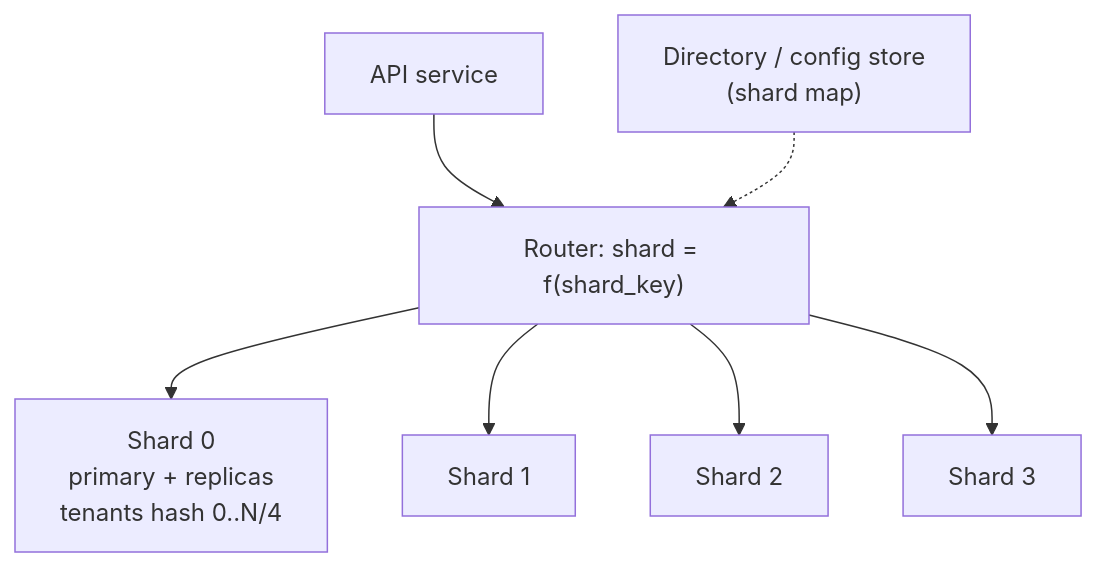
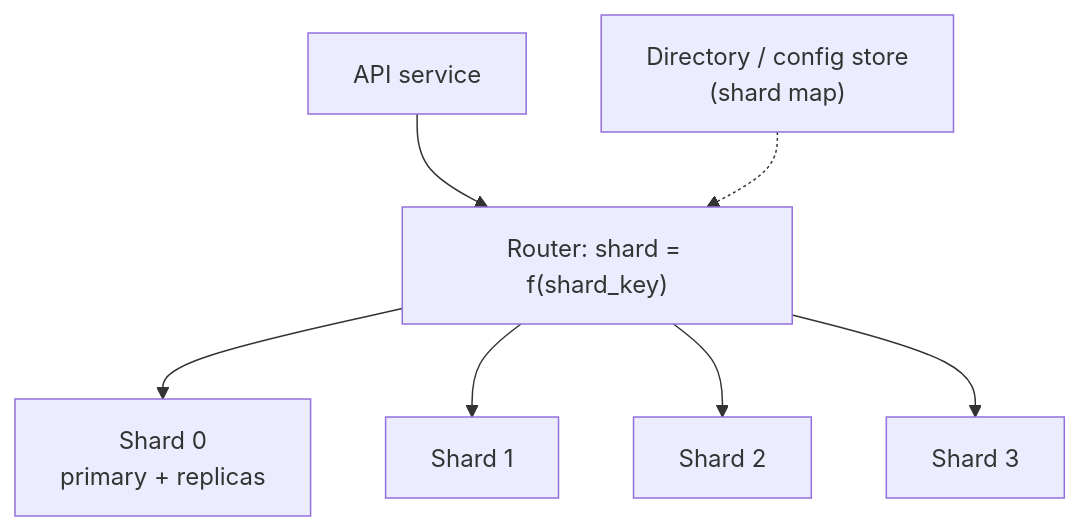
One commit to thull32/ascend changed the diagram in content/tracks/07-databases/02-storage-and-scale/03-partitioning-and-sharding.md. Above: the diagram before and after it, drawn with Mermaid. The commit also changed other lines of this file and 23 other files, not shown here.

````diff
--- a/content/tracks/07-databases/02-storage-and-scale/03-partitioning-and-sharding.md
+++ b/content/tracks/07-databases/02-storage-and-scale/03-partitioning-and-sharding.md
@@ -88,9 +110,9 @@
 ```mermaid
 flowchart TB
     A["API service"] --> R["Router: shard = f(shard_key)"]
-    R --> S0["Shard 0<br/>primary + replicas<br/>tenants hash 0..N/4"]
+    R --> S0["Shard 0<br/>primary + replicas"]
     R --> S1["Shard 1"]
     R --> S2["Shard 2"]
     R --> S3["Shard 3"]
     D["Directory / config store<br/>(shard map)"] -.-> R
 ```
````
